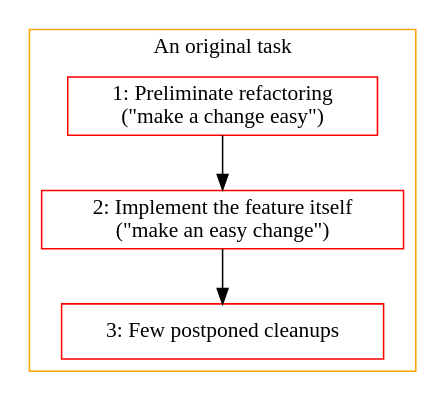
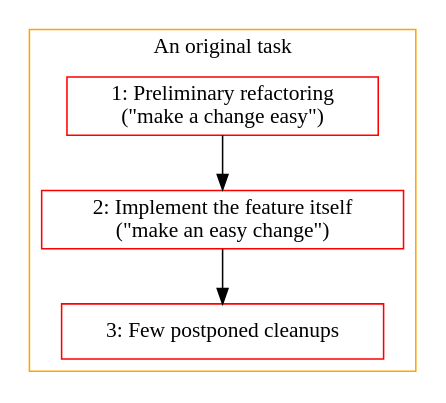
Before and after one commit to ahitrin/ahitrin.github.com: the diagram in src/fractals-vs-lists/1.dot, drawn with Graphviz. The commit also changed 21 other files, not shown here.

```diff
--- a/src/fractals-vs-lists/1.dot
+++ b/src/fractals-vs-lists/1.dot
@@ -1,15 +1,15 @@
 digraph g {
 node [shape=box];
 edge [color=black];
 subgraph cluster_0 {
     color=orange;
     label = "An original task";
-2 [label="1: Preliminate refactoring
+2 [label="1: Preliminary refactoring
 (&quot;make a change easy&quot;)", color=red];
 3 [label="2: Implement the feature itself
 (&quot;make an easy change&quot;)", color=red];
 4 [label="3: Few postponed cleanups", color=red];
 2 -> 3;
 3 -> 4;
 }
 }
```
